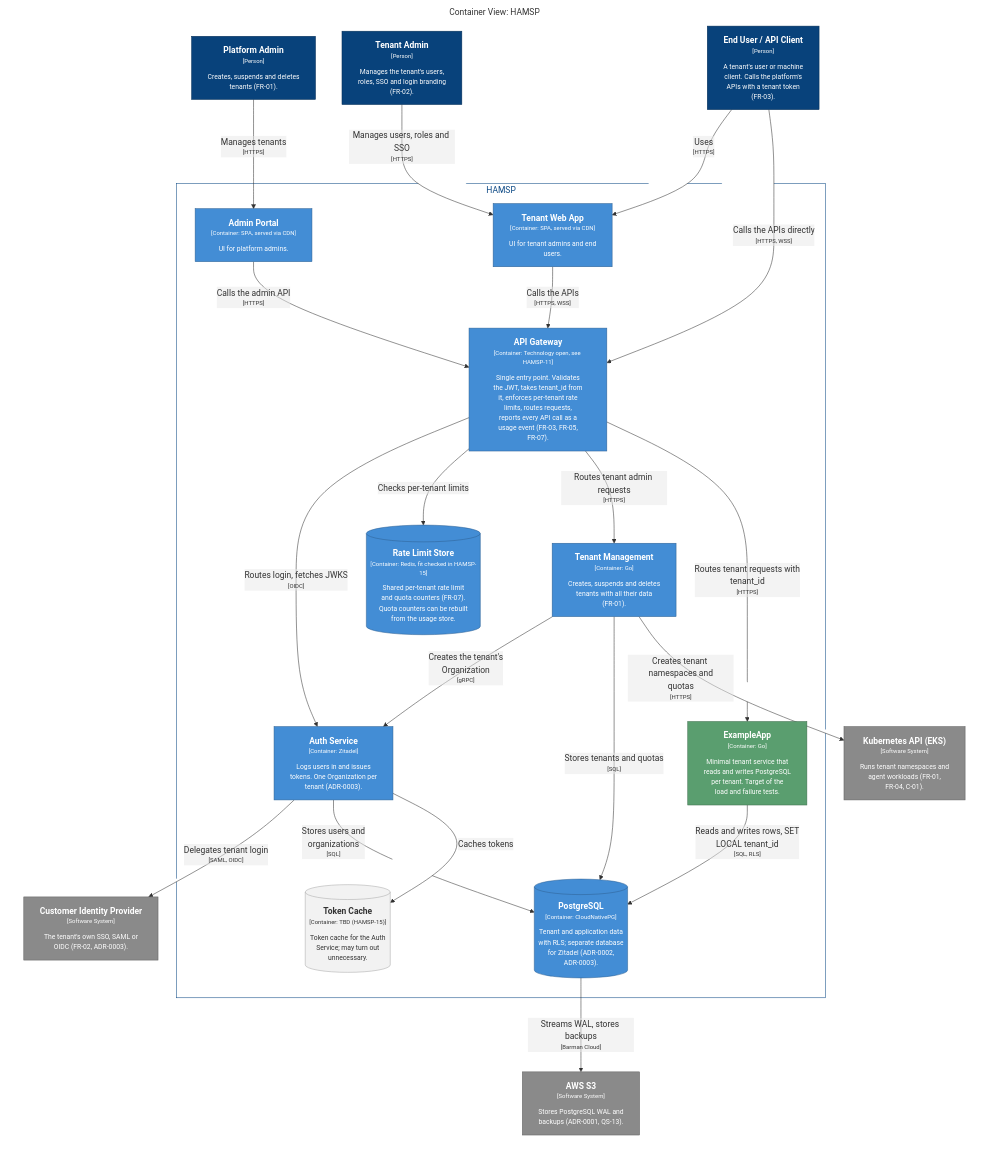
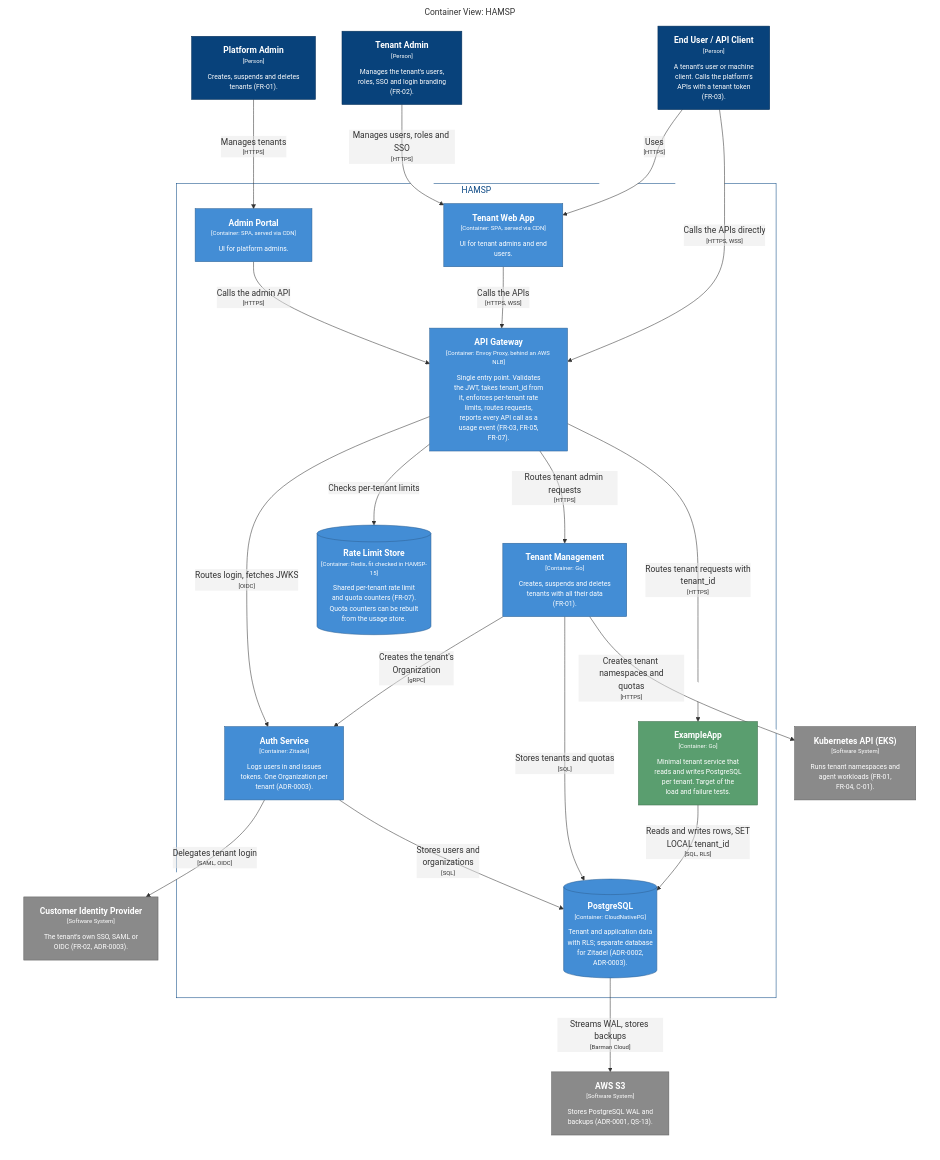
One commit to maksimillian1/ha-multitenant-saas-platform changed the diagram in docs/architecture/c4/structurizr-RequestPath.mmd. Above: the diagram before and after it, drawn with Mermaid. The commit also changed 10 other files, not shown here.

```diff
--- a/docs/architecture/c4/structurizr-RequestPath.mmd
+++ b/docs/architecture/c4/structurizr-RequestPath.mmd
@@ -1,62 +1,59 @@
 graph LR
   linkStyle default fill:#ffffff
 
   subgraph diagram ["Container View: HAMSP"]
     style diagram fill:#ffffff,stroke:#ffffff
 
     1["<div style='font-weight: bold'>Platform Admin</div><div style='font-size: 70%; margin-top: 0px'>[Person]</div><div style='font-size: 80%; margin-top:10px'>Creates, suspends and deletes<br />tenants (FR-01).</div>"]
     style 1 fill:#08427b,stroke:#052e56,color:#ffffff
     2["<div style='font-weight: bold'>Tenant Admin</div><div style='font-size: 70%; margin-top: 0px'>[Person]</div><div style='font-size: 80%; margin-top:10px'>Manages the tenant's users,<br />roles, SSO and login branding<br />(FR-02).</div>"]
     style 2 fill:#08427b,stroke:#052e56,color:#ffffff
     3["<div style='font-weight: bold'>End User / API Client</div><div style='font-size: 70%; margin-top: 0px'>[Person]</div><div style='font-size: 80%; margin-top:10px'>A tenant's user or machine<br />client. Calls the platform's<br />APIs with a tenant token<br />(FR-03).</div>"]
     style 3 fill:#08427b,stroke:#052e56,color:#ffffff
-    22["<div style='font-weight: bold'>Customer Identity Provider</div><div style='font-size: 70%; margin-top: 0px'>[Software System]</div><div style='font-size: 80%; margin-top:10px'>The tenant's own SSO, SAML or<br />OIDC (FR-02, ADR-0003).</div>"]
+    21["<div style='font-weight: bold'>Customer Identity Provider</div><div style='font-size: 70%; margin-top: 0px'>[Software System]</div><div style='font-size: 80%; margin-top:10px'>The tenant's own SSO, SAML or<br />OIDC (FR-02, ADR-0003).</div>"]
+    style 21 fill:#8a8a8a,stroke:#606060,color:#ffffff
+    22["<div style='font-weight: bold'>Kubernetes API (EKS)</div><div style='font-size: 70%; margin-top: 0px'>[Software System]</div><div style='font-size: 80%; margin-top:10px'>Runs tenant namespaces and<br />agent workloads (FR-01,<br />FR-04, C-01).</div>"]
     style 22 fill:#8a8a8a,stroke:#606060,color:#ffffff
-    23["<div style='font-weight: bold'>Kubernetes API (EKS)</div><div style='font-size: 70%; margin-top: 0px'>[Software System]</div><div style='font-size: 80%; margin-top:10px'>Runs tenant namespaces and<br />agent workloads (FR-01,<br />FR-04, C-01).</div>"]
+    23["<div style='font-weight: bold'>AWS S3</div><div style='font-size: 70%; margin-top: 0px'>[Software System]</div><div style='font-size: 80%; margin-top:10px'>Stores PostgreSQL WAL and<br />backups (ADR-0001, QS-13).</div>"]
     style 23 fill:#8a8a8a,stroke:#606060,color:#ffffff
-    24["<div style='font-weight: bold'>AWS S3</div><div style='font-size: 70%; margin-top: 0px'>[Software System]</div><div style='font-size: 80%; margin-top:10px'>Stores PostgreSQL WAL and<br />backups (ADR-0001, QS-13).</div>"]
-    style 24 fill:#8a8a8a,stroke:#606060,color:#ffffff
 
     subgraph 4 ["HAMSP"]
       style 4 fill:#ffffff,stroke:#0b4884,color:#0b4884
 
       10["<div style='font-weight: bold'>ExampleApp</div><div style='font-size: 70%; margin-top: 0px'>[Container: Go]</div><div style='font-size: 80%; margin-top:10px'>Minimal tenant service that<br />reads and writes PostgreSQL<br />per tenant. Target of the<br />load and failure tests.</div>"]
       style 10 fill:#5a9e6f,stroke:#3e6e4d,color:#ffffff
       17[("<div style='font-weight: bold'>PostgreSQL</div><div style='font-size: 70%; margin-top: 0px'>[Container: CloudNativePG]</div><div style='font-size: 80%; margin-top:10px'>Tenant and application data<br />with RLS; separate database<br />for Zitadel (ADR-0002,<br />ADR-0003).</div>")]
       style 17 fill:#438dd5,stroke:#2e6295,color:#ffffff
       20[("<div style='font-weight: bold'>Rate Limit Store</div><div style='font-size: 70%; margin-top: 0px'>[Container: Redis, fit checked in HAMSP-15]</div><div style='font-size: 80%; margin-top:10px'>Shared per-tenant rate limit<br />and quota counters (FR-07).<br />Quota counters can be rebuilt<br />from the usage store.</div>")]
       style 20 fill:#438dd5,stroke:#2e6295,color:#ffffff
-      21[("<div style='font-weight: bold'>Token Cache</div><div style='font-size: 70%; margin-top: 0px'>[Container: TBD (HAMSP-15)]</div><div style='font-size: 80%; margin-top:10px'>Token cache for the Auth<br />Service; may turn out<br />unnecessary.</div>")]
-      style 21 fill:#f2f2f2,stroke:#a9a9a9,color:#333333
       5["<div style='font-weight: bold'>Tenant Web App</div><div style='font-size: 70%; margin-top: 0px'>[Container: SPA, served via CDN]</div><div style='font-size: 80%; margin-top:10px'>UI for tenant admins and end<br />users.</div>"]
       style 5 fill:#438dd5,stroke:#2e6295,color:#ffffff
       6["<div style='font-weight: bold'>Admin Portal</div><div style='font-size: 70%; margin-top: 0px'>[Container: SPA, served via CDN]</div><div style='font-size: 80%; margin-top:10px'>UI for platform admins.</div>"]
       style 6 fill:#438dd5,stroke:#2e6295,color:#ffffff
-      7["<div style='font-weight: bold'>API Gateway</div><div style='font-size: 70%; margin-top: 0px'>[Container: Technology open, see HAMSP-11]</div><div style='font-size: 80%; margin-top:10px'>Single entry point. Validates<br />the JWT, takes tenant_id from<br />it, enforces per-tenant rate<br />limits, routes requests,<br />reports every API call as a<br />usage event (FR-03, FR-05,<br />FR-07).</div>"]
+      7["<div style='font-weight: bold'>API Gateway</div><div style='font-size: 70%; margin-top: 0px'>[Container: Envoy Proxy, behind an AWS NLB]</div><div style='font-size: 80%; margin-top:10px'>Single entry point. Validates<br />the JWT, takes tenant_id from<br />it, enforces per-tenant rate<br />limits, routes requests,<br />reports every API call as a<br />usage event (FR-03, FR-05,<br />FR-07).</div>"]
       style 7 fill:#438dd5,stroke:#2e6295,color:#ffffff
       8["<div style='font-weight: bold'>Auth Service</div><div style='font-size: 70%; margin-top: 0px'>[Container: Zitadel]</div><div style='font-size: 80%; margin-top:10px'>Logs users in and issues<br />tokens. One Organization per<br />tenant (ADR-0003).</div>"]
       style 8 fill:#438dd5,stroke:#2e6295,color:#ffffff
       9["<div style='font-weight: bold'>Tenant Management</div><div style='font-size: 70%; margin-top: 0px'>[Container: Go]</div><div style='font-size: 80%; margin-top:10px'>Creates, suspends and deletes<br />tenants with all their data<br />(FR-01).</div>"]
       style 9 fill:#438dd5,stroke:#2e6295,color:#ffffff
     end
 
     1-- "<div>Manages tenants</div><div style='font-size: 70%'>[HTTPS]</div>" -->6
     2-- "<div>Manages users, roles and SSO</div><div style='font-size: 70%'>[HTTPS]</div>" -->5
     3-- "<div>Uses</div><div style='font-size: 70%'>[HTTPS]</div>" -->5
     3-- "<div>Calls the APIs directly</div><div style='font-size: 70%'>[HTTPS, WSS]</div>" -->7
     5-- "<div>Calls the APIs</div><div style='font-size: 70%'>[HTTPS, WSS]</div>" -->7
     6-- "<div>Calls the admin API</div><div style='font-size: 70%'>[HTTPS]</div>" -->7
     7-- "<div>Routes login, fetches JWKS</div><div style='font-size: 70%'>[OIDC]</div>" -->8
     7-- "<div>Checks per-tenant limits</div><div style='font-size: 70%'></div>" -->20
     7-- "<div>Routes tenant admin requests</div><div style='font-size: 70%'>[HTTPS]</div>" -->9
     7-- "<div>Routes tenant requests with<br />tenant_id</div><div style='font-size: 70%'>[HTTPS]</div>" -->10
-    8-- "<div>Delegates tenant login</div><div style='font-size: 70%'>[SAML, OIDC]</div>" -->22
+    8-- "<div>Delegates tenant login</div><div style='font-size: 70%'>[SAML, OIDC]</div>" -->21
     8-- "<div>Stores users and<br />organizations</div><div style='font-size: 70%'>[SQL]</div>" -->17
-    8-- "<div>Caches tokens</div><div style='font-size: 70%'></div>" -->21
     9-- "<div>Creates the tenant's<br />Organization</div><div style='font-size: 70%'>[gRPC]</div>" -->8
     9-- "<div>Stores tenants and quotas</div><div style='font-size: 70%'>[SQL]</div>" -->17
-    9-- "<div>Creates tenant namespaces and<br />quotas</div><div style='font-size: 70%'>[HTTPS]</div>" -->23
+    9-- "<div>Creates tenant namespaces and<br />quotas</div><div style='font-size: 70%'>[HTTPS]</div>" -->22
     10-- "<div>Reads and writes rows, SET<br />LOCAL tenant_id</div><div style='font-size: 70%'>[SQL, RLS]</div>" -->17
-    17-- "<div>Streams WAL, stores backups</div><div style='font-size: 70%'>[Barman Cloud]</div>" -->24
+    17-- "<div>Streams WAL, stores backups</div><div style='font-size: 70%'>[Barman Cloud]</div>" -->23
 
   end
```
